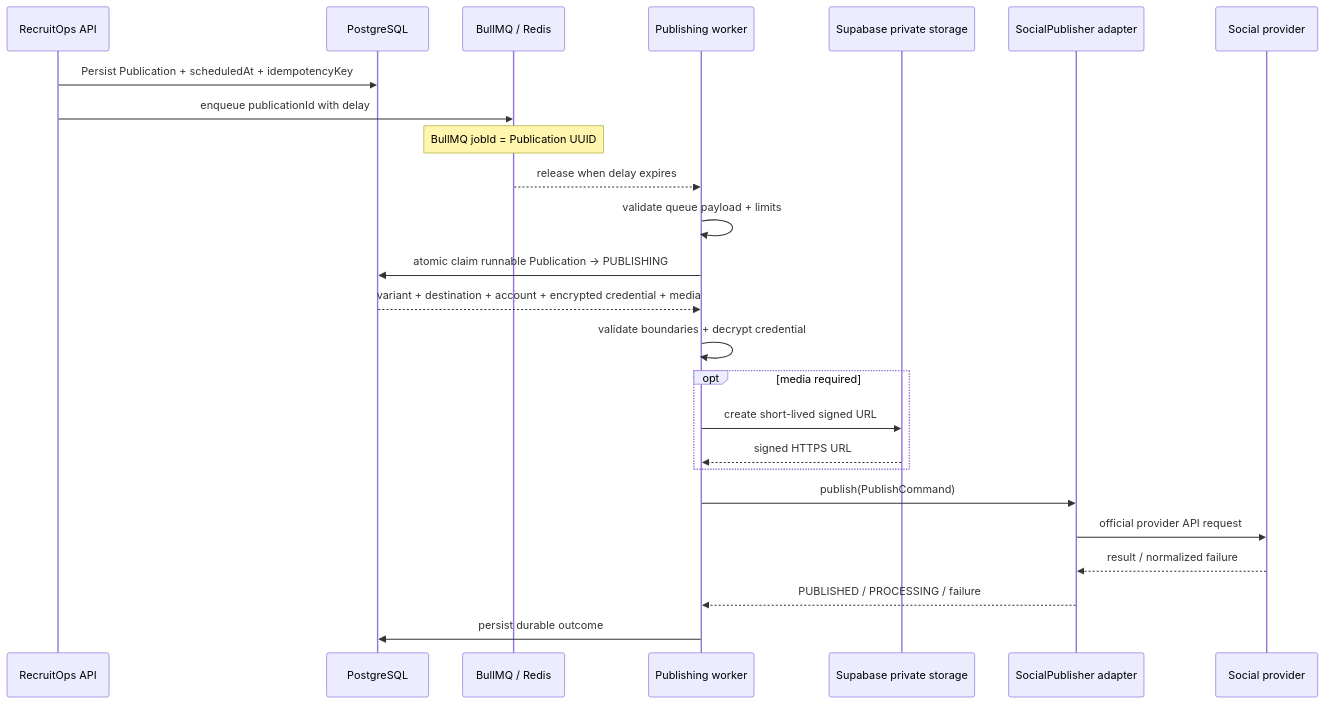
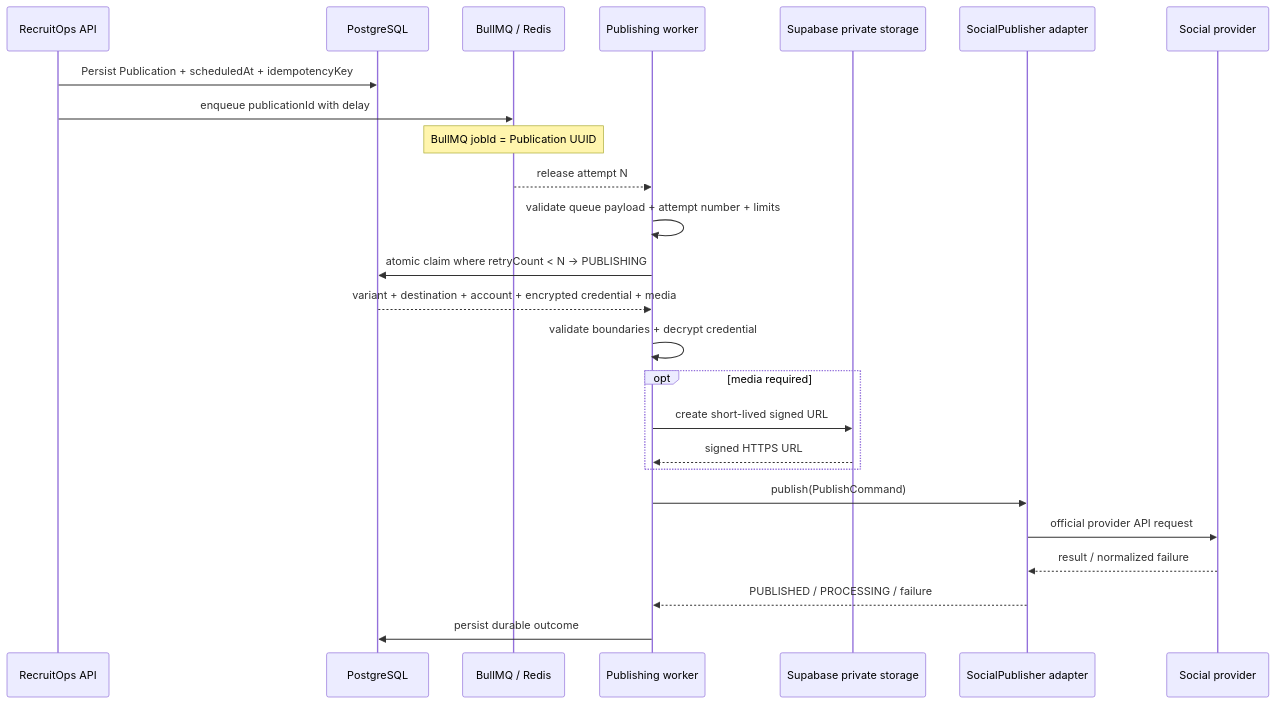
One commit to vitoo16/recruitops-platform changed the diagram in docs/architecture/publication-scheduling.md. Above: the diagram before and after it, drawn with Mermaid. The commit also changed other lines of this file, not shown here.

Commit message:
docs: document attempt-bound publication claims

````diff
--- a/docs/architecture/publication-scheduling.md
+++ b/docs/architecture/publication-scheduling.md
@@ -9,28 +9,28 @@
 ```mermaid
 sequenceDiagram
     participant API as RecruitOps API
     participant DB as PostgreSQL
     participant Queue as BullMQ / Redis
     participant Worker as Publishing worker
     participant Storage as Supabase private storage
     participant Adapter as SocialPublisher adapter
     participant Provider as Social provider
 
     API->>DB: Persist Publication + scheduledAt + idempotencyKey
     API->>Queue: enqueue publicationId with delay
     Note over Queue: BullMQ jobId = Publication UUID
-    Queue-->>Worker: release when delay expires
-    Worker->>Worker: validate queue payload + limits
-    Worker->>DB: atomic claim runnable Publication -> PUBLISHING
+    Queue-->>Worker: release attempt N
+    Worker->>Worker: validate queue payload + attempt number + limits
+    Worker->>DB: atomic claim where retryCount < N -> PUBLISHING
     DB-->>Worker: variant + destination + account + encrypted credential + media
     Worker->>Worker: validate boundaries + decrypt credential
     opt media required
         Worker->>Storage: create short-lived signed URL
         Storage-->>Worker: signed HTTPS URL
     end
     Worker->>Adapter: publish(PublishCommand)
     Adapter->>Provider: official provider API request
     Provider-->>Adapter: result / normalized failure
     Adapter-->>Worker: PUBLISHED / PROCESSING / failure
     Worker->>DB: persist durable outcome
 ```
````
